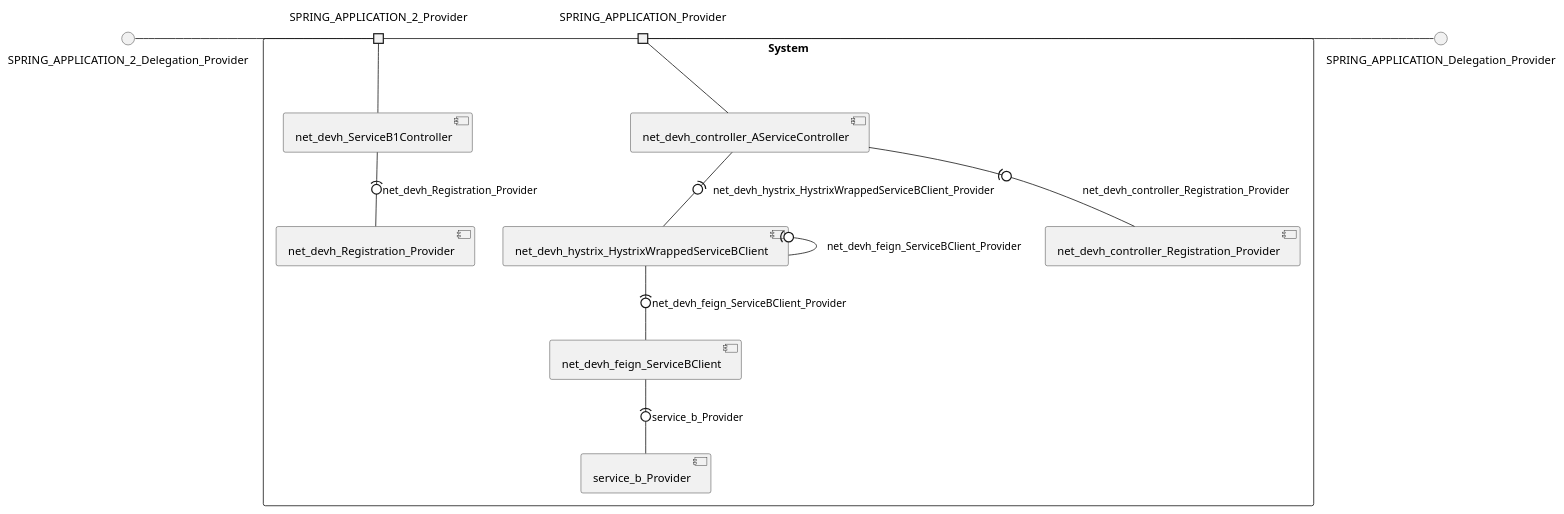
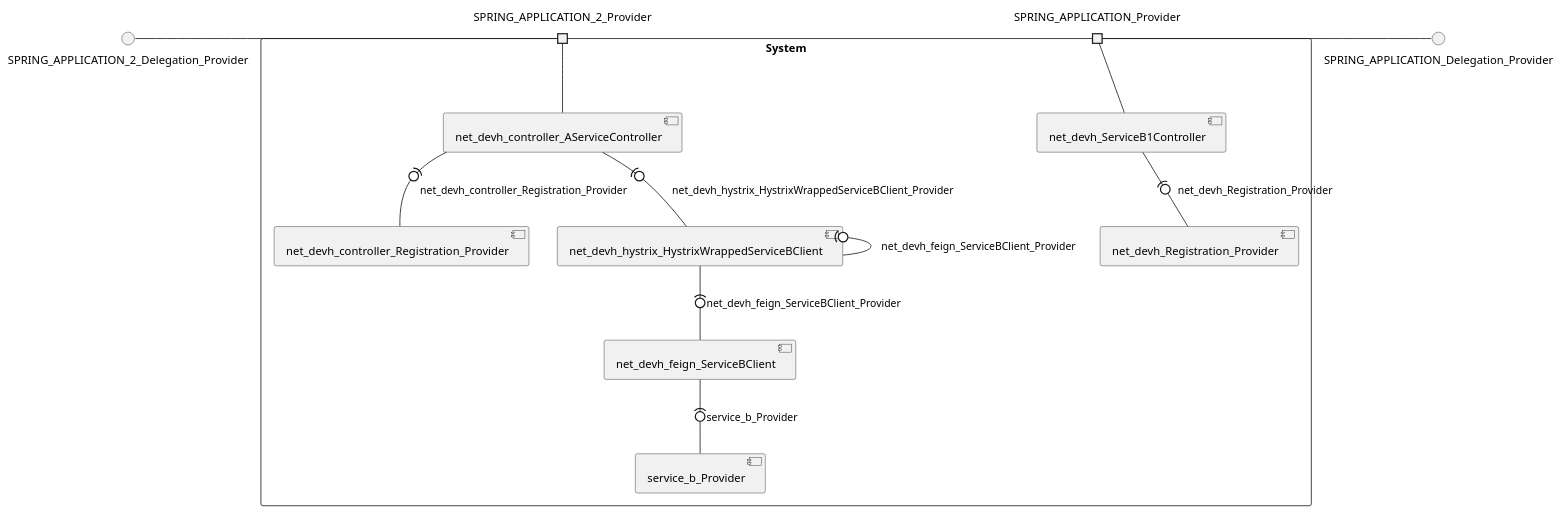
One commit to MSt-10/Palladio-ReverseEngineering-Benchmark changed the diagram in yidongnan-spring-cloud-netflix-example/model_re/uml/systemDiagram.puml. Above: the diagram before and after it, drawn with PlantUML. The commit also changed 290 other files, not shown here.

```diff
--- a/yidongnan-spring-cloud-netflix-example/model_re/uml/systemDiagram.puml
+++ b/yidongnan-spring-cloud-netflix-example/model_re/uml/systemDiagram.puml
@@ -1,28 +1,28 @@
 @startuml
 skinparam fixCircleLabelOverlapping true
 skinparam componentStyle uml2
 () SPRING_APPLICATION_2_Delegation_Provider
 () SPRING_APPLICATION_Delegation_Provider
 rectangle System {
-[net_devh_Registration_Provider] [[yidongnan-spring-cloud-netflix-example.repository#_i9THWJTUEe-wJ_tXiPPxPQ]]
-[net_devh_ServiceB1Controller] [[yidongnan-spring-cloud-netflix-example.repository#_i9THWJTUEe-wJ_tXiPPxPQ]]
-[net_devh_controller_AServiceController] [[yidongnan-spring-cloud-netflix-example.repository#_i9THWJTUEe-wJ_tXiPPxPQ]]
-[net_devh_controller_Registration_Provider] [[yidongnan-spring-cloud-netflix-example.repository#_i9THWJTUEe-wJ_tXiPPxPQ]]
-[net_devh_feign_ServiceBClient] [[yidongnan-spring-cloud-netflix-example.repository#_i9THWJTUEe-wJ_tXiPPxPQ]]
-[net_devh_hystrix_HystrixWrappedServiceBClient] [[yidongnan-spring-cloud-netflix-example.repository#_i9THWJTUEe-wJ_tXiPPxPQ]]
-[service_b_Provider] [[yidongnan-spring-cloud-netflix-example.repository#_i9THWJTUEe-wJ_tXiPPxPQ]]
+[net_devh_Registration_Provider] [[yidongnan-spring-cloud-netflix-example.repository#_iq-O6JWdEe-dZthUEHZ0zQ]]
+[net_devh_ServiceB1Controller] [[yidongnan-spring-cloud-netflix-example.repository#_iq-O6JWdEe-dZthUEHZ0zQ]]
+[net_devh_controller_AServiceController] [[yidongnan-spring-cloud-netflix-example.repository#_iq-O6JWdEe-dZthUEHZ0zQ]]
+[net_devh_controller_Registration_Provider] [[yidongnan-spring-cloud-netflix-example.repository#_iq-O6JWdEe-dZthUEHZ0zQ]]
+[net_devh_feign_ServiceBClient] [[yidongnan-spring-cloud-netflix-example.repository#_iq-O6JWdEe-dZthUEHZ0zQ]]
+[net_devh_hystrix_HystrixWrappedServiceBClient] [[yidongnan-spring-cloud-netflix-example.repository#_iq-O6JWdEe-dZthUEHZ0zQ]]
+[service_b_Provider] [[yidongnan-spring-cloud-netflix-example.repository#_iq-O6JWdEe-dZthUEHZ0zQ]]
 port SPRING_APPLICATION_2_Provider
 SPRING_APPLICATION_2_Delegation_Provider - SPRING_APPLICATION_2_Provider
-SPRING_APPLICATION_2_Provider - [net_devh_ServiceB1Controller]
+SPRING_APPLICATION_2_Provider - [net_devh_controller_AServiceController]
 port SPRING_APPLICATION_Provider
 SPRING_APPLICATION_Delegation_Provider - SPRING_APPLICATION_Provider
-SPRING_APPLICATION_Provider - [net_devh_controller_AServiceController]
+SPRING_APPLICATION_Provider - [net_devh_ServiceB1Controller]
 [net_devh_ServiceB1Controller] -(0- [net_devh_Registration_Provider] : net_devh_Registration_Provider
 [net_devh_controller_AServiceController] -(0- [net_devh_controller_Registration_Provider] : net_devh_controller_Registration_Provider
 [net_devh_hystrix_HystrixWrappedServiceBClient] -(0- [net_devh_feign_ServiceBClient] : net_devh_feign_ServiceBClient_Provider
 [net_devh_hystrix_HystrixWrappedServiceBClient] -(0- [net_devh_hystrix_HystrixWrappedServiceBClient] : net_devh_feign_ServiceBClient_Provider
 [net_devh_controller_AServiceController] -(0- [net_devh_hystrix_HystrixWrappedServiceBClient] : net_devh_hystrix_HystrixWrappedServiceBClient_Provider
 [net_devh_feign_ServiceBClient] -(0- [service_b_Provider] : service_b_Provider
 }
 
 @enduml
```
